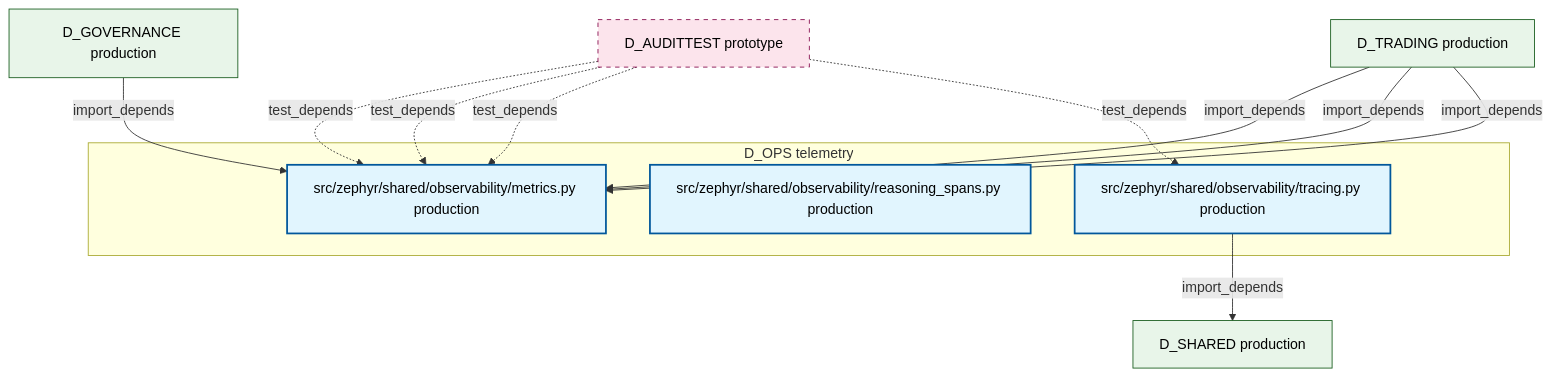
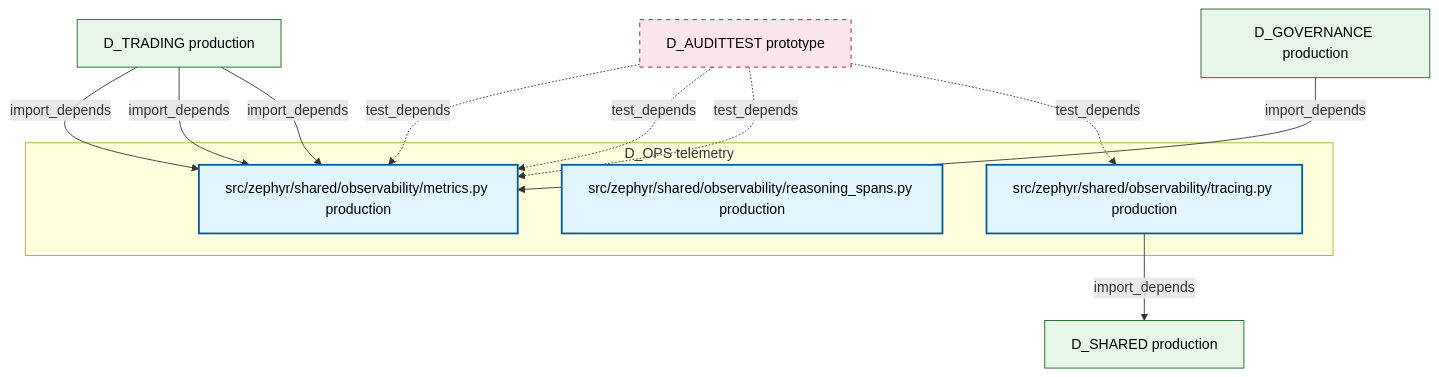
Before and after one commit to xuanFelixVan/ZephyrAlpha: the diagram in docs/02_enterprise_architecture/02_domain_architecture_docs/15_d_ops.md, drawn with Mermaid. The commit also changed other lines of this file and 97 other files, not shown here.

````diff
--- a/docs/02_enterprise_architecture/02_domain_architecture_docs/15_d_ops.md
+++ b/docs/02_enterprise_architecture/02_domain_architecture_docs/15_d_ops.md
@@ -47,28 +47,28 @@
 ```mermaid
 graph TD
     subgraph D_OPS["D_OPS telemetry"]
         src_zephyr_shared_observability_metrics_py["src/zephyr/shared/observability/metrics.py production"]
         src_zephyr_shared_observability_reasoning_spans_py["src/zephyr/shared/observability/reasoning_spans.py production"]
         src_zephyr_shared_observability_tracing_py["src/zephyr/shared/observability/tracing.py production"]
     end
     D_SHARED["D_SHARED production"]
     src_zephyr_shared_observability_tracing_py -->|import_depends| D_SHARED
     D_AUDITTEST["D_AUDITTEST prototype"]
     D_AUDITTEST -.->|test_depends| src_zephyr_shared_observability_metrics_py
     D_AUDITTEST -.->|test_depends| src_zephyr_shared_observability_metrics_py
     D_TRADING["D_TRADING production"]
     D_TRADING -->|import_depends| src_zephyr_shared_observability_metrics_py
+    D_TRADING -->|import_depends| src_zephyr_shared_observability_metrics_py
+    D_TRADING -->|import_depends| src_zephyr_shared_observability_metrics_py
     D_GOVERNANCE["D_GOVERNANCE production"]
     D_GOVERNANCE -->|import_depends| src_zephyr_shared_observability_metrics_py
-    D_TRADING -->|import_depends| src_zephyr_shared_observability_metrics_py
-    D_TRADING -->|import_depends| src_zephyr_shared_observability_metrics_py
     D_AUDITTEST -.->|test_depends| src_zephyr_shared_observability_metrics_py
     D_AUDITTEST -.->|test_depends| src_zephyr_shared_observability_tracing_py
     classDef production fill:#e1f5fe,stroke:#01579b,stroke-width:2px,color:#000
     classDef design fill:#fff3e0,stroke:#e65100,stroke-width:2px,color:#000,stroke-dasharray: 5 5
     classDef external_prod fill:#e8f5e9,stroke:#1b5e20,stroke-width:1px,color:#000
     classDef external_design fill:#fce4ec,stroke:#880e4f,stroke-width:1px,color:#000,stroke-dasharray: 5 5
     class src_zephyr_shared_observability_metrics_py,src_zephyr_shared_observability_reasoning_spans_py,src_zephyr_shared_observability_tracing_py production
     class D_SHARED,D_TRADING,D_GOVERNANCE external_prod
     class D_AUDITTEST external_design
 ```
````
